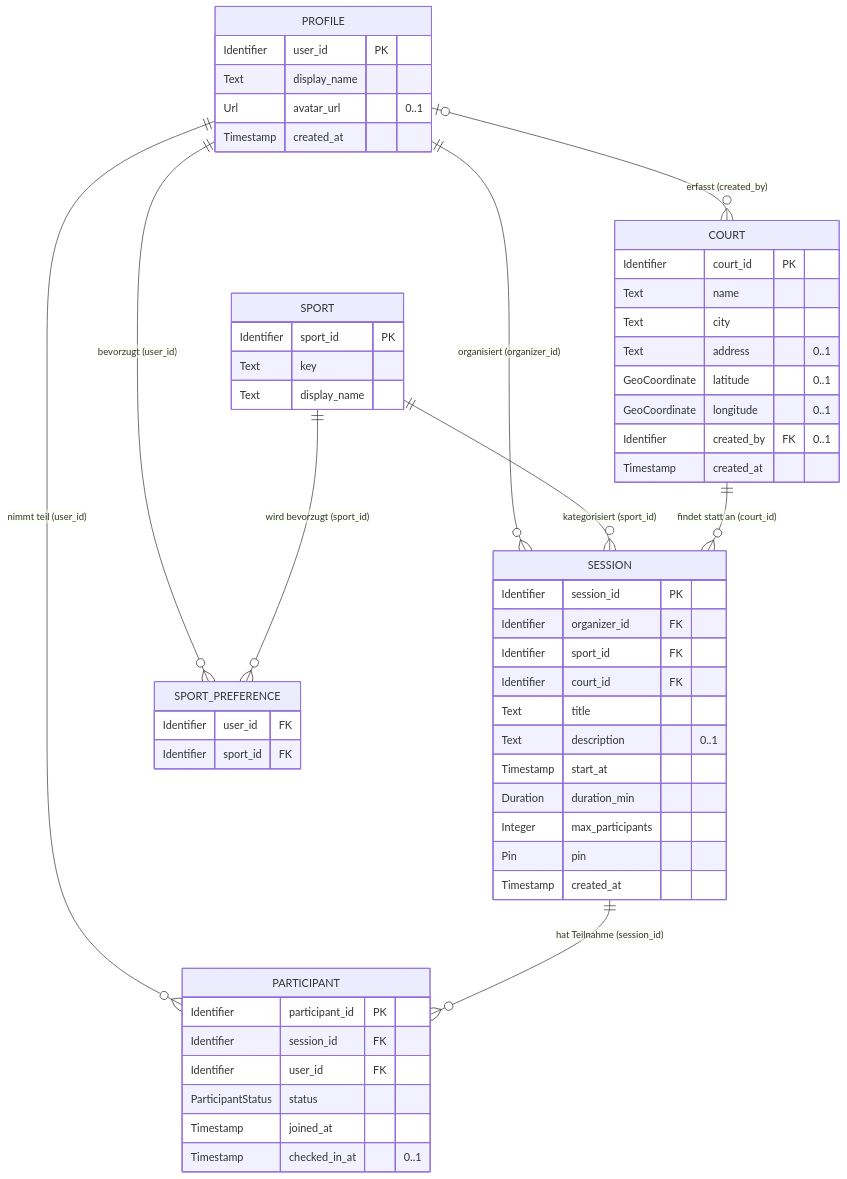
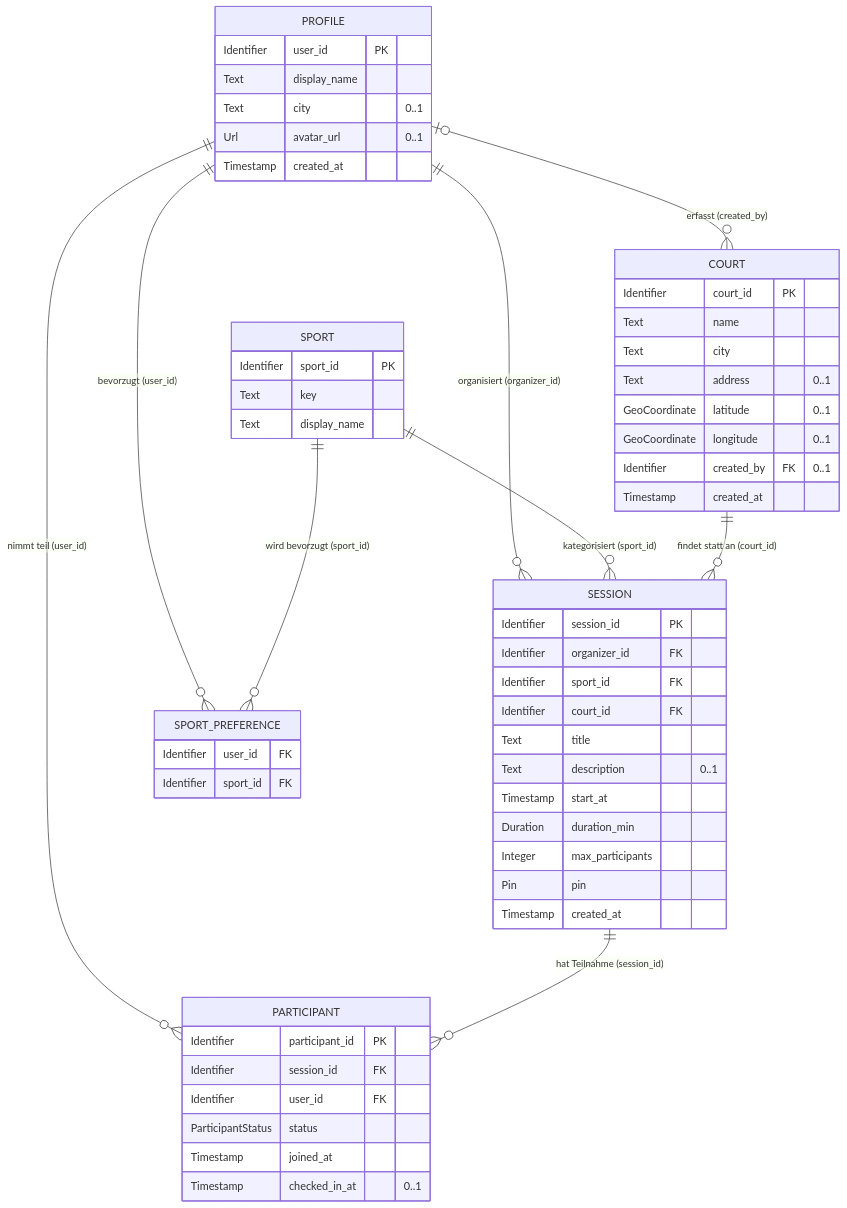
One commit to Finn5k/Wirtschaftsinformatik-Projekt-I changed the diagram in docs/spec/D1-datenmodell.md. Above: the diagram before and after it, drawn with Mermaid. The commit also changed other lines of this file and 9 other files, not shown here.

````diff
--- a/docs/spec/D1-datenmodell.md
+++ b/docs/spec/D1-datenmodell.md
@@ -17,58 +17,59 @@
 ```mermaid
 erDiagram
     PROFILE ||--o{ SESSION : "organisiert (organizer_id)"
     PROFILE ||--o{ PARTICIPANT : "nimmt teil (user_id)"
     SESSION ||--o{ PARTICIPANT : "hat Teilnahme (session_id)"
     SPORT   ||--o{ SESSION : "kategorisiert (sport_id)"
     COURT   ||--o{ SESSION : "findet statt an (court_id)"
     PROFILE ||--o{ SPORT_PREFERENCE : "bevorzugt (user_id)"
     SPORT   ||--o{ SPORT_PREFERENCE : "wird bevorzugt (sport_id)"
     PROFILE |o--o{ COURT : "erfasst (created_by)"
 
     PROFILE {
         Identifier user_id PK
         Text display_name
+        Text city "0..1"
         Url avatar_url "0..1"
         Timestamp created_at
     }
     SPORT {
         Identifier sport_id PK
         Text key
         Text display_name
     }
     COURT {
         Identifier court_id PK
         Text name
         Text city
         Text address "0..1"
         GeoCoordinate latitude "0..1"
         GeoCoordinate longitude "0..1"
         Identifier created_by FK "0..1"
         Timestamp created_at
     }
     SESSION {
         Identifier session_id PK
         Identifier organizer_id FK
         Identifier sport_id FK
         Identifier court_id FK
         Text title
         Text description "0..1"
         Timestamp start_at
         Duration duration_min
         Integer max_participants
         Pin pin
         Timestamp created_at
     }
     PARTICIPANT {
         Identifier participant_id PK
         Identifier session_id FK
         Identifier user_id FK
         ParticipantStatus status
         Timestamp joined_at
         Timestamp checked_in_at "0..1"
     }
     SPORT_PREFERENCE {
         Identifier user_id FK
         Identifier sport_id FK
     }
 ```
````
